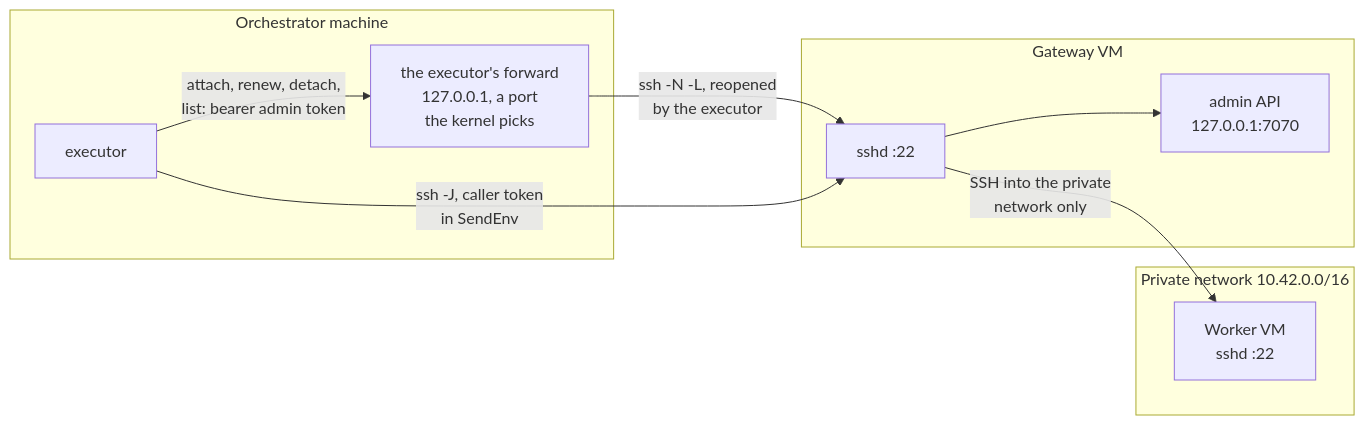
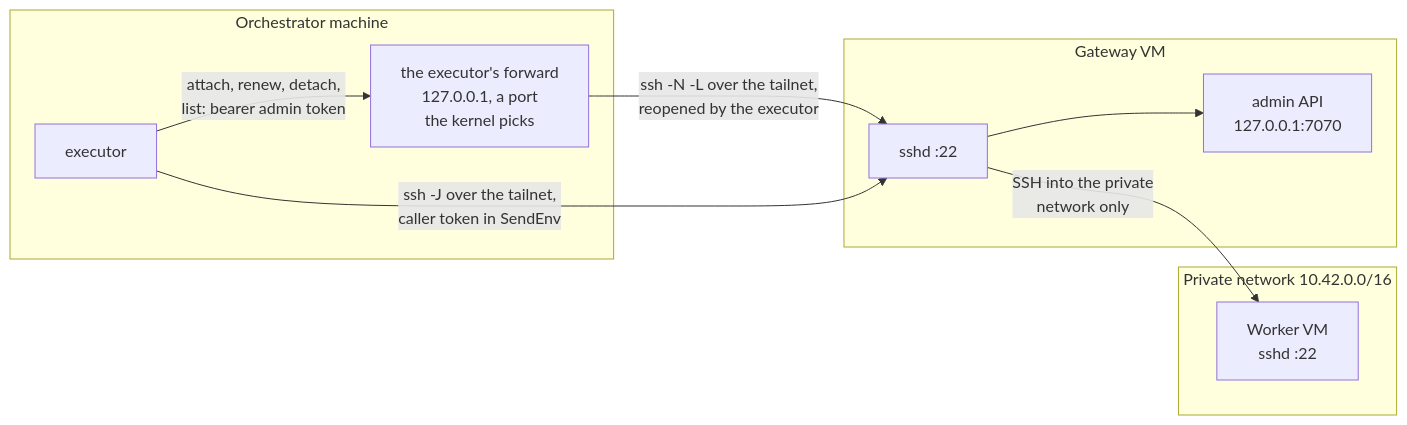
One commit to basaltbytes/usine changed the fourth of 9 diagrams in apps/docs/src/content/docs/architecture/workers-and-gateway.mdx. Above: the diagram before and after it, drawn with Mermaid. The commit also changed other lines of this file and 5 other files, not shown here.

````diff
--- a/apps/docs/src/content/docs/architecture/workers-and-gateway.mdx
+++ b/apps/docs/src/content/docs/architecture/workers-and-gateway.mdx
@@ -190,19 +193,19 @@
 ```mermaid
 flowchart LR
   subgraph orchestrator["Orchestrator machine"]
     executor["executor"]
     forward["the executor's forward<br/>127.0.0.1, a port<br/>the kernel picks"]
   end
   subgraph gateway["Gateway VM"]
     sshd["sshd :22"]
     adminapi["admin API<br/>127.0.0.1:7070"]
   end
   subgraph private["Private network 10.42.0.0/16"]
     worker["Worker VM<br/>sshd :22"]
   end
   executor -->|"attach, renew, detach,<br/>list: bearer admin token"| forward
-  forward -->|"ssh -N -L, reopened<br/>by the executor"| sshd
+  forward -->|"ssh -N -L over the tailnet,<br/>reopened by the executor"| sshd
   sshd --> adminapi
-  executor -->|"ssh -J, caller token<br/>in SendEnv"| sshd
+  executor -->|"ssh -J over the tailnet,<br/>caller token in SendEnv"| sshd
   sshd -->|"SSH into the private<br/>network only"| worker
 ```
````
